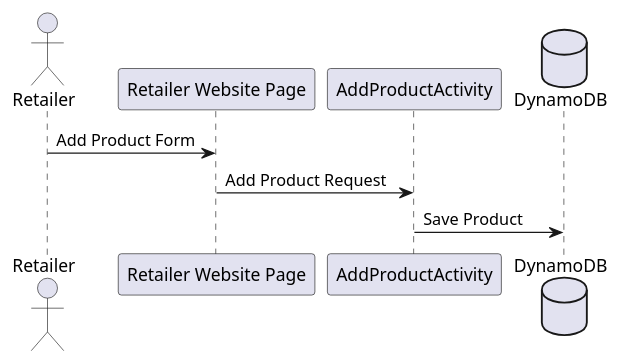
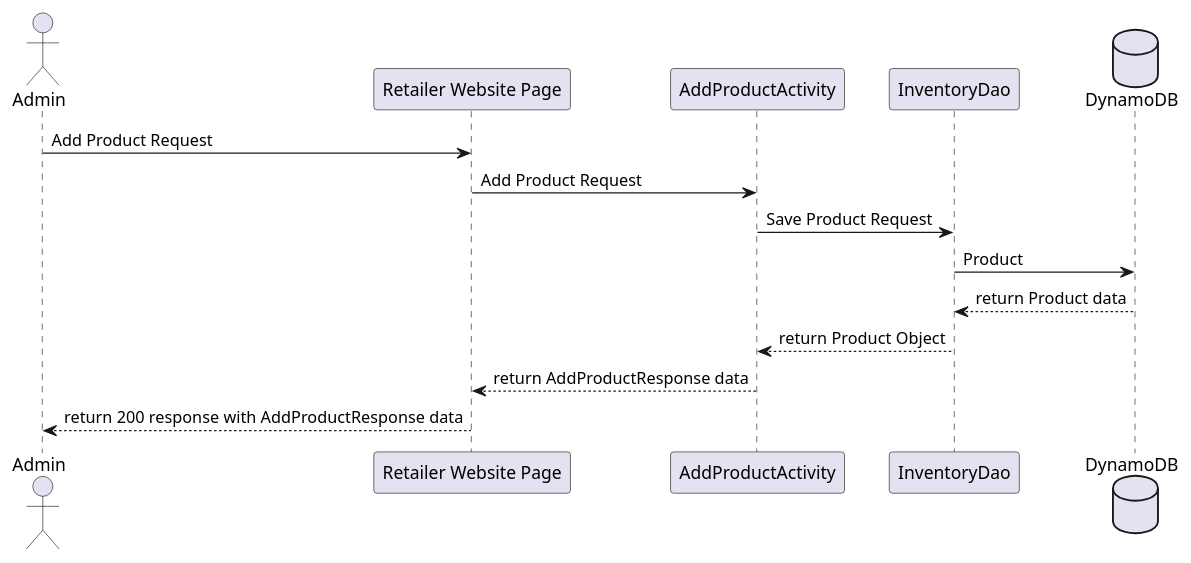
The diagram in project_documents/Design/Sequence Diagrams/AdminAddProductRequest.puml (sylviamohos/CoolWithCouleBackend), drawn with PlantUML before and after one commit. The commit also changed 11 other files, not shown here.

Commit message:
Edited and cleaned up sequence diagrams

```diff
--- a/project_documents/Design/Sequence Diagrams/AdminAddProductRequest.puml
+++ b/project_documents/Design/Sequence Diagrams/AdminAddProductRequest.puml
@@ -1,13 +1,19 @@
 @startuml
 'https://plantuml.com/sequence-diagram
 
-actor "Retailer" as client
+actor "Admin" as client
 participant "Retailer Website Page" as apiGateway
 participant "AddProductActivity" as addProductActivity
+participant "InventoryDao" as inventoryDao
 database "DynamoDB" as dynamoDB
 
-client -> apiGateway : Add Product Form
+client -> apiGateway : Add Product Request
 apiGateway -> addProductActivity : Add Product Request
-addProductActivity -> dynamoDB : Save Product
+addProductActivity -> inventoryDao : Save Product Request
+inventoryDao -> dynamoDB : Product
+dynamoDB --> inventoryDao : return Product data
+inventoryDao --> addProductActivity : return Product Object
+addProductActivity --> apiGateway : return AddProductResponse data
+apiGateway --> client : return 200 response with AddProductResponse data
 
 @enduml
```
